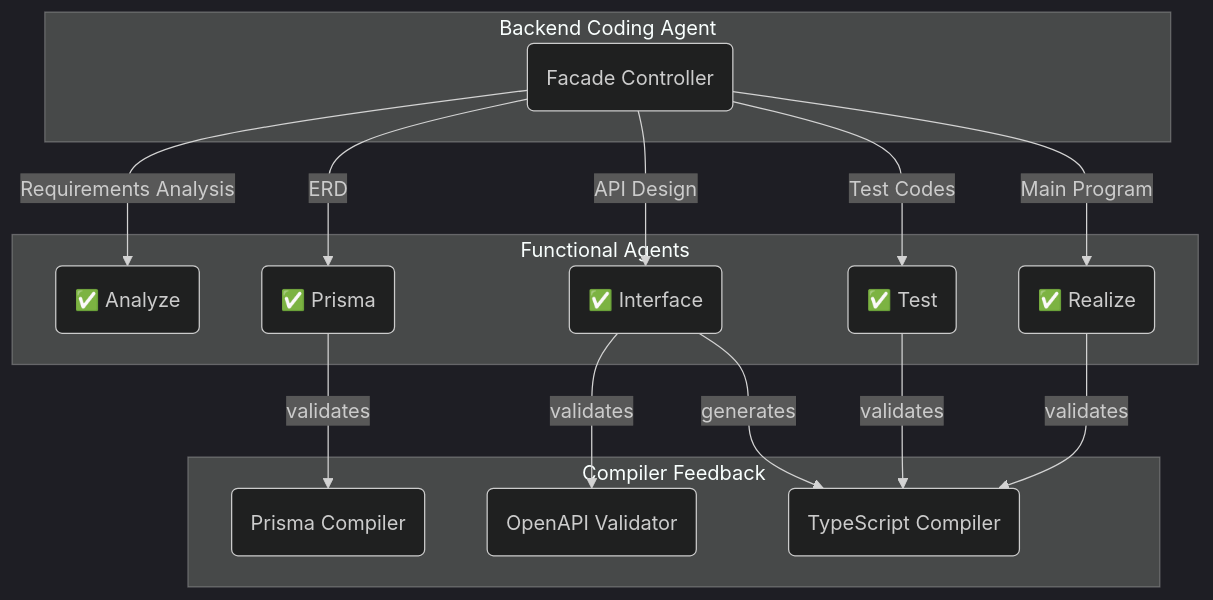
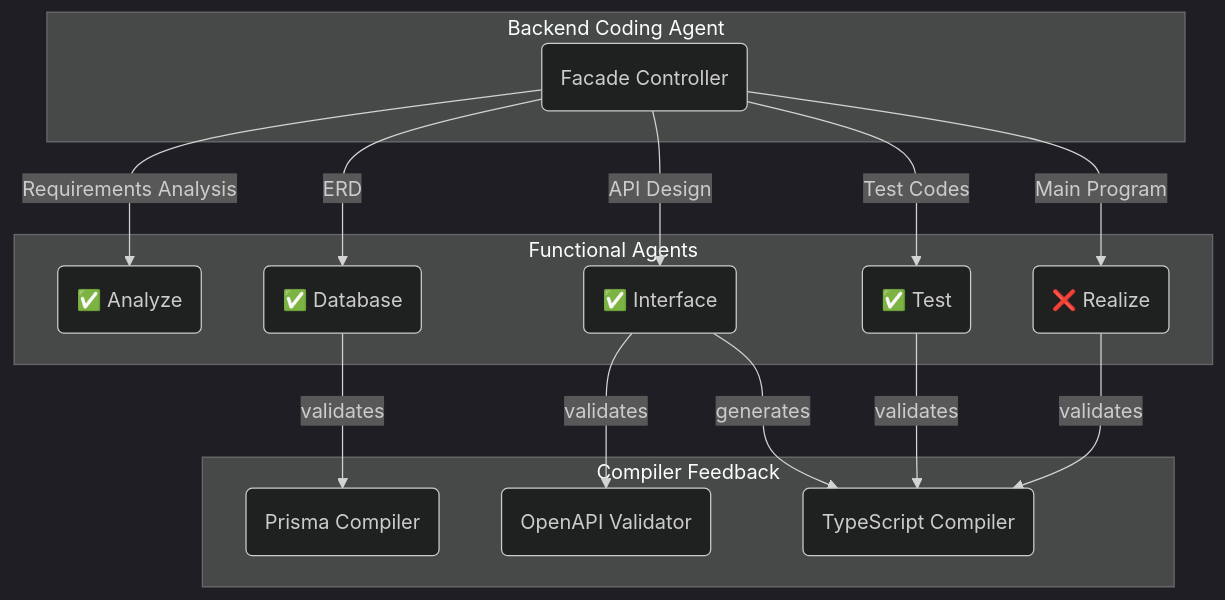
The diagram in qwen/qwen3-next-80b-a3b-instruct/todo/README.md (wrtnlabs/autobe-examples), drawn with Mermaid (dark theme) before and after one commit. The commit also changed other lines of this file and 6988 other files, not shown here.

````diff
--- a/qwen/qwen3-next-80b-a3b-instruct/todo/README.md
+++ b/qwen/qwen3-next-80b-a3b-instruct/todo/README.md
@@ -14,20 +14,20 @@
 ```mermaid
 flowchart
 subgraph "Backend Coding Agent"
   coder("Facade Controller")
 end
 subgraph "Functional Agents"
   coder --"Requirements Analysis"--> analyze("✅ Analyze")
-  coder --"ERD"--> prisma("✅ Prisma")
+  coder --"ERD"--> database("✅ Database")
   coder --"API Design"--> interface("✅ Interface")
   coder --"Test Codes" --> test("✅ Test")
-  coder --"Main Program" --> realize("✅ Realize")
+  coder --"Main Program" --> realize("❌ Realize")
 end
 subgraph "Compiler Feedback"
-  prisma --"validates" --> prismaCompiler("Prisma Compiler")
+  database --"validates" --> prismaCompiler("Prisma Compiler")
   interface --"validates" --> openapiValidator("OpenAPI Validator")
   interface --"generates" --> tsCompiler("TypeScript Compiler")
   test --"validates" --> tsCompiler("TypeScript Compiler")
   realize --"validates" --> tsCompiler("TypeScript Compiler")
 end
 ```
````
